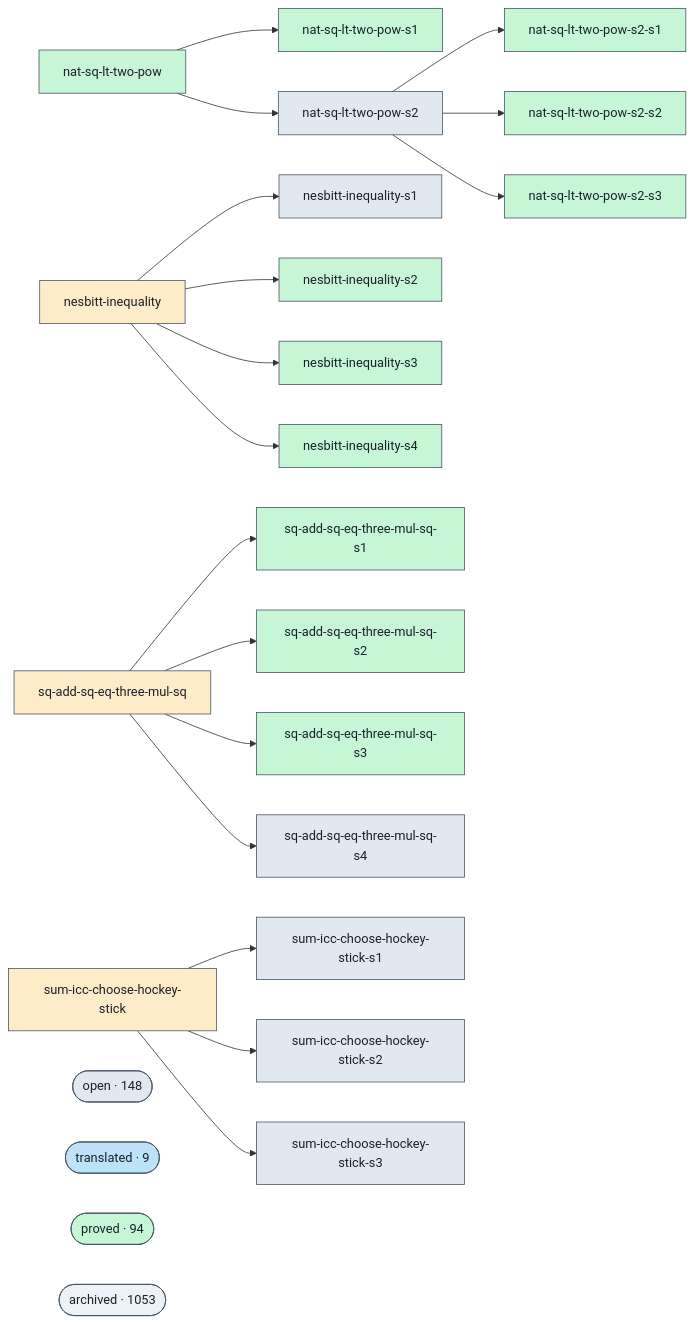
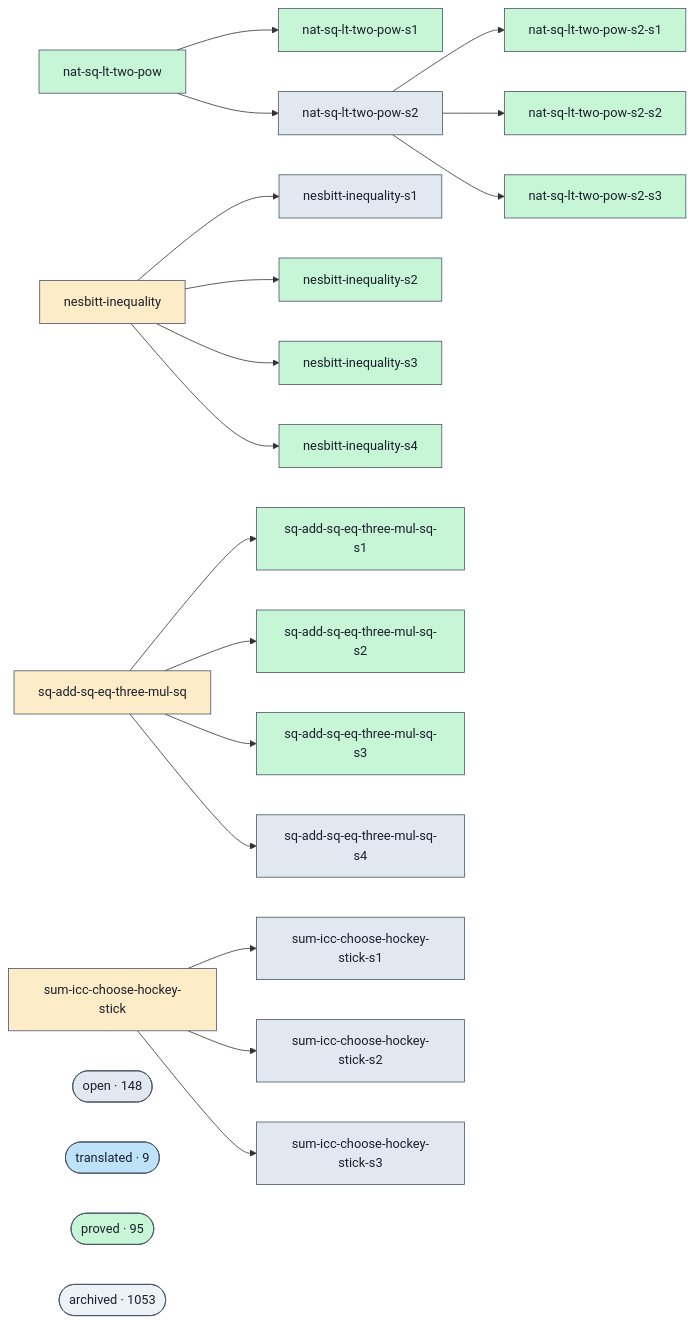
One commit to ohdearquant/unsorry changed the diagram in docs/proofs-contributors-visualisation.md. Above: the diagram before and after it, drawn with Mermaid. The commit also changed other lines of this file and 2 other files, not shown here.

```diff
--- a/docs/proofs-contributors-visualisation.md
+++ b/docs/proofs-contributors-visualisation.md
@@ -102,7 +102,7 @@
   class cluster_open open;
   cluster_translated(["translated · 9"])
   class cluster_translated translated;
-  cluster_proved(["proved · 94"])
+  cluster_proved(["proved · 95"])
   class cluster_proved proved;
   cluster_archived(["archived · 1053"])
   class cluster_archived unknown;
```
